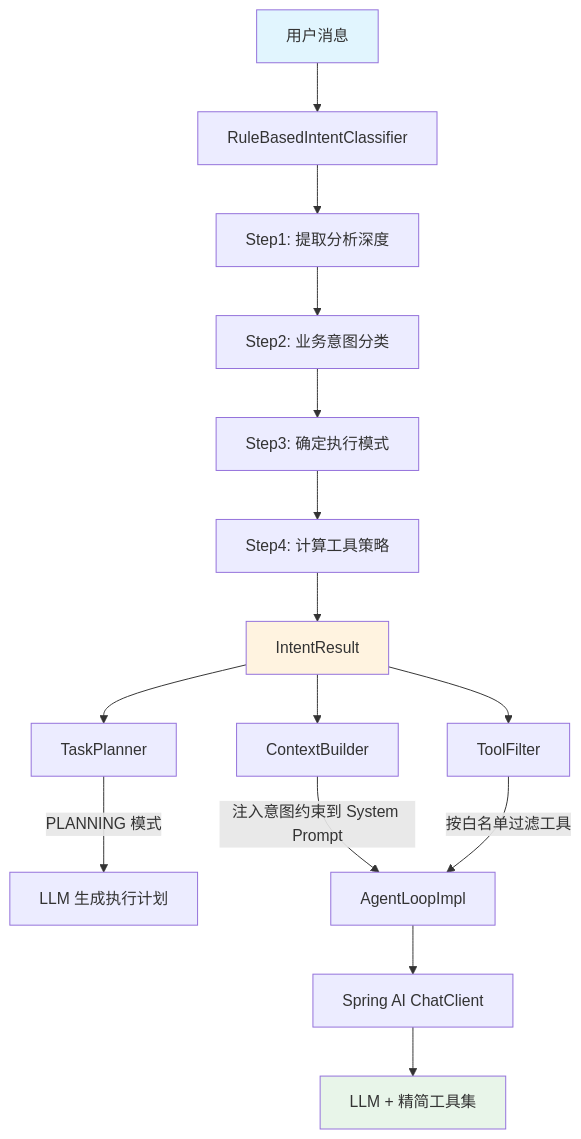
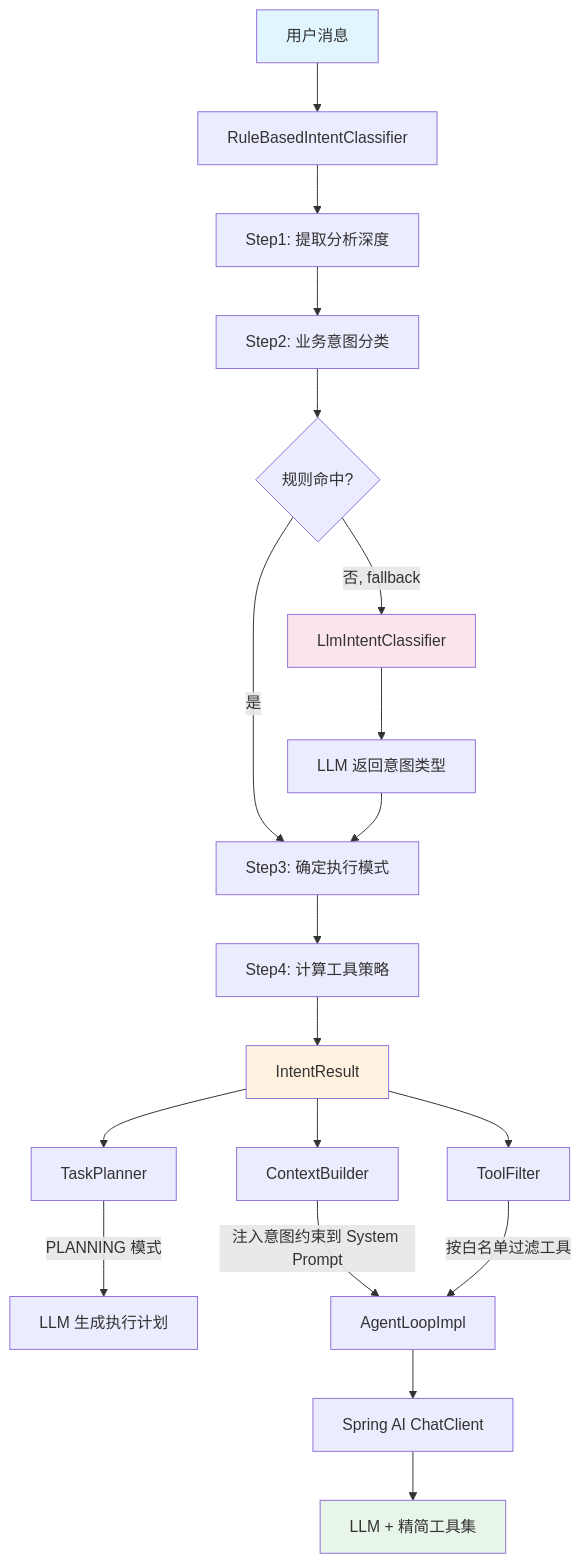
The first of 4 diagrams in docs/Highlights/03-IntentClassificationAndToolFiltering.md (liukai-code/xiaomo-investment-agent), drawn with Mermaid before and after one commit. The commit also changed other lines of this file and 3 other files, not shown here.

First line of the commit message:
feat: 意图分类混合方案 — 规则优先 + LLM 兜底

````diff
--- a/docs/Highlights/03-IntentClassificationAndToolFiltering.md
+++ b/docs/Highlights/03-IntentClassificationAndToolFiltering.md
@@ -66,24 +68,29 @@
 ```mermaid
 flowchart TD
     A[用户消息] --> B[RuleBasedIntentClassifier]
     B --> B1[Step1: 提取分析深度]
     B1 --> B2[Step2: 业务意图分类]
-    B2 --> B3[Step3: 确定执行模式]
+    B2 --> B2a{规则命中?}
+    B2a -->|是| B3
+    B2a -->|否, fallback| LLM_IC[LlmIntentClassifier]
+    LLM_IC --> B2b[LLM 返回意图类型]
+    B2b --> B3[Step3: 确定执行模式]
     B3 --> B4[Step4: 计算工具策略]
     B4 --> C[IntentResult]
 
     C --> D[TaskPlanner]
     C --> E[ContextBuilder]
     C --> F[ToolFilter]
 
     D -->|PLANNING 模式| D1[LLM 生成执行计划]
     E -->|注入意图约束到 System Prompt| G[AgentLoopImpl]
     F -->|按白名单过滤工具| G
 
     G --> H[Spring AI ChatClient]
     H --> I[LLM + 精简工具集]
 
     style A fill:#e1f5fe
     style C fill:#fff3e0
     style I fill:#e8f5e9
+    style LLM_IC fill:#fce4ec
 ```
````
